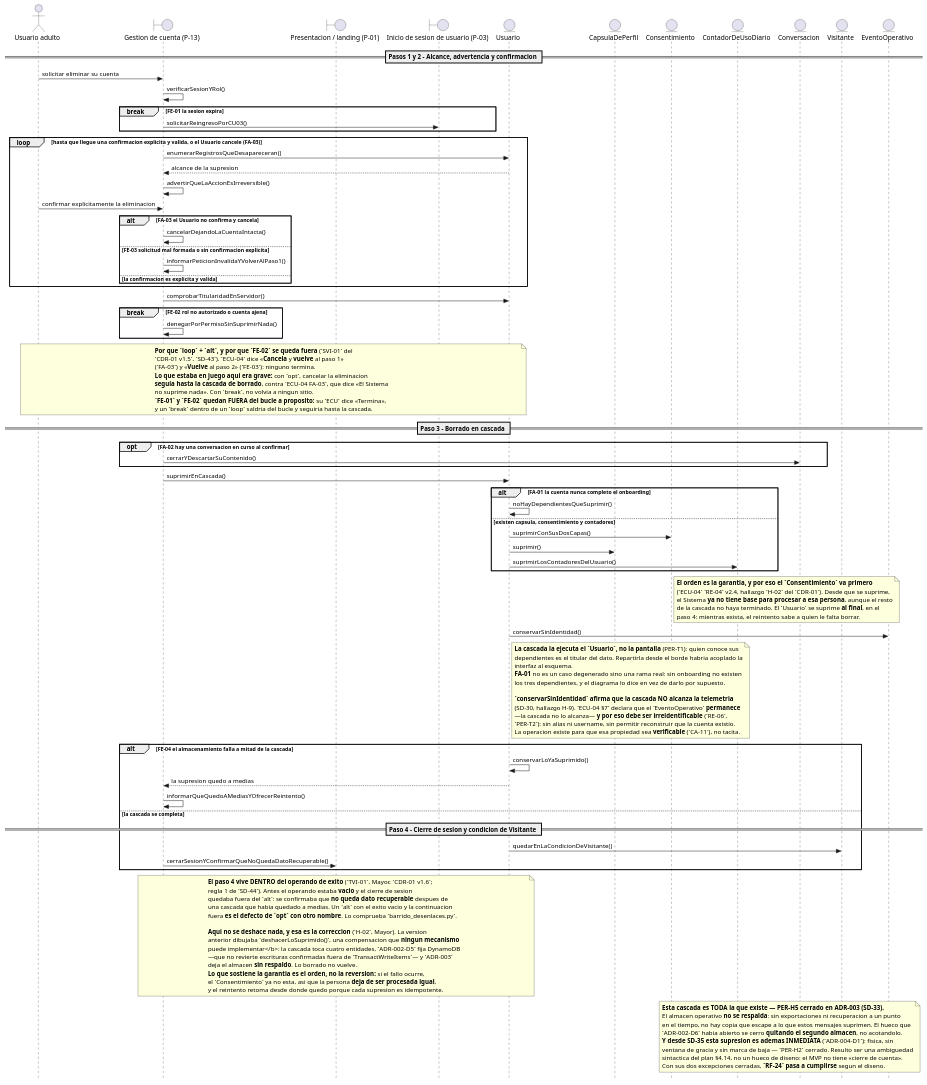
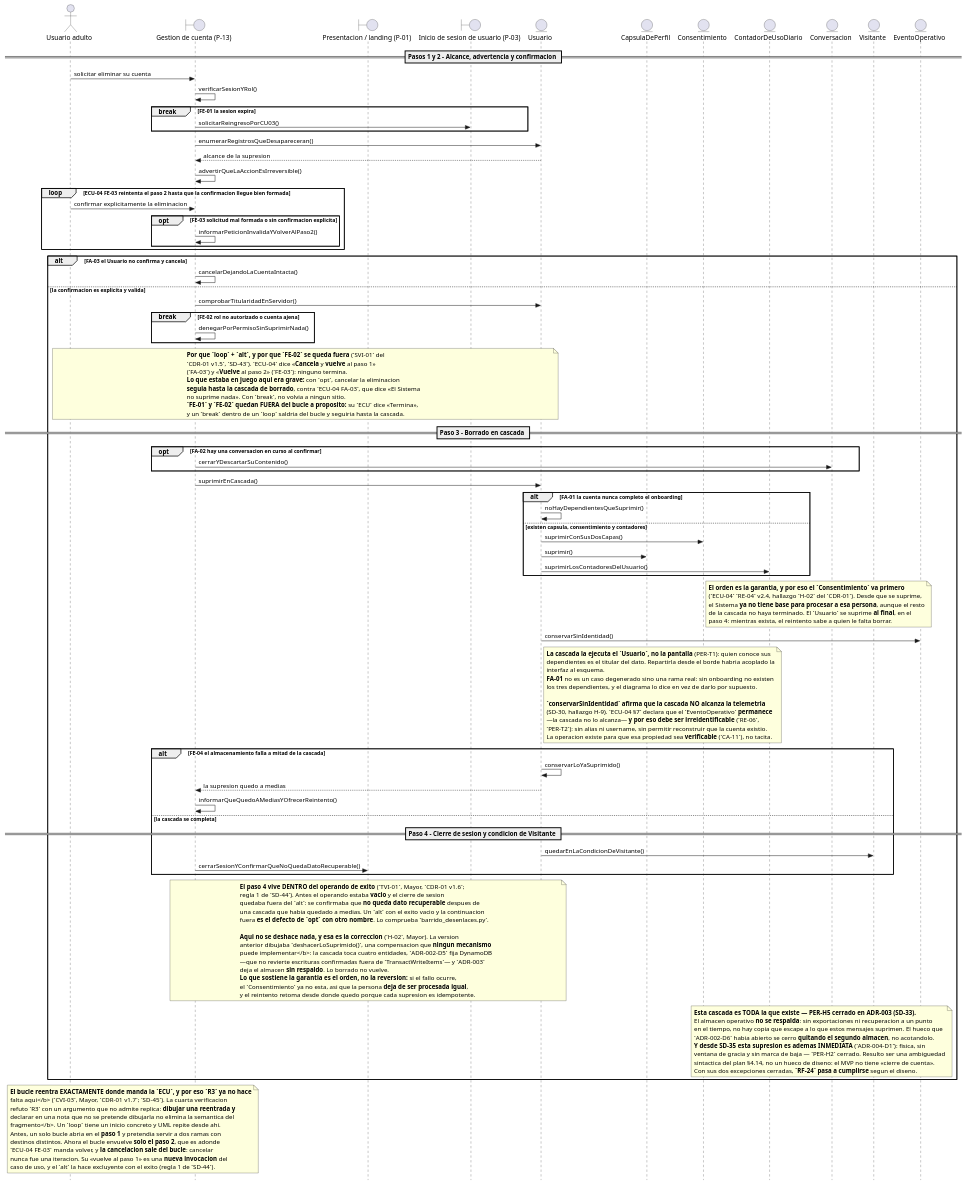
Before and after one commit to jonatan8254/alan-aura-academico: the diagram in docs/07_casos_uso/secuencia/puml/DS-04_secuencia_eliminar_cuenta.puml, drawn with PlantUML. The commit also changed 39 other files, not shown here.

```diff
--- a/docs/07_casos_uso/secuencia/puml/DS-04_secuencia_eliminar_cuenta.puml
+++ b/docs/07_casos_uso/secuencia/puml/DS-04_secuencia_eliminar_cuenta.puml
@@ -1,5 +1,9 @@
 @startuml
 ' DS-04 - Secuencia de CU-04 «Eliminar cuenta»
+' v1.5 (CVI-03 del CDR-01 v1.7, SD-45): CVI-03: el `loop` se acota al paso 2 —adonde manda `ECU-04 FE-03`— y `FA-03` sale a un `alt`, porque cancelar no es una iteracion. SD-45-H1: `informarPeticionInvalidaYVolverAlPaso1()` decia el paso equivocado.
+'       R3 ya no hace falta aqui: el bucle reentra donde manda la ECU. La cuarta
+'       verificacion la refuto — dibujar una reentrada y declarar en nota que no se
+'       pretende dibujarla NO elimina la semantica del fragmento.
 ' v1.4 (TVI-01/03/04 del CDR-01 v1.6, SD-44): TVI-01: el paso 4 pasa DENTRO del operando de exito de FE-04; la guarda nombra FA-03.
 '       CONVENCION SD-44 — R1: el sufijo de exito vive DENTRO de su operando.
 '       R2: un break dentro de un loop solo vale si lo que sigue al bucle es
@@ -58,115 +62,132 @@
   B_PaginaGestionCuenta -> B_PaginaInicioSesion : solicitarReingresoPorCU03()
 end
 
-loop hasta que llegue una confirmacion explicita y valida, o el Usuario cancele (FA-03)
-  B_PaginaGestionCuenta -> E_Usuario : enumerarRegistrosQueDesapareceran()
-  E_Usuario --> B_PaginaGestionCuenta : alcance de la supresion
-  B_PaginaGestionCuenta -> B_PaginaGestionCuenta : advertirQueLaAccionEsIrreversible()
+B_PaginaGestionCuenta -> E_Usuario : enumerarRegistrosQueDesapareceran()
+E_Usuario --> B_PaginaGestionCuenta : alcance de la supresion
+B_PaginaGestionCuenta -> B_PaginaGestionCuenta : advertirQueLaAccionEsIrreversible()
+
+loop ECU-04 FE-03 reintenta el paso 2 hasta que la confirmacion llegue bien formada
   ACT_Usuario -> B_PaginaGestionCuenta : confirmar explicitamente la eliminacion
 
-  alt FA-03 el Usuario no confirma y cancela
-    B_PaginaGestionCuenta -> B_PaginaGestionCuenta : cancelarDejandoLaCuentaIntacta()
-  else FE-03 solicitud mal formada o sin confirmacion explicita
-    B_PaginaGestionCuenta -> B_PaginaGestionCuenta : informarPeticionInvalidaYVolverAlPaso1()
-  else la confirmacion es explicita y valida
+  opt FE-03 solicitud mal formada o sin confirmacion explicita
+    B_PaginaGestionCuenta -> B_PaginaGestionCuenta : informarPeticionInvalidaYVolverAlPaso2()
   end
 end
 
-B_PaginaGestionCuenta -> E_Usuario : comprobarTitularidadEnServidor()
+alt FA-03 el Usuario no confirma y cancela
+  B_PaginaGestionCuenta -> B_PaginaGestionCuenta : cancelarDejandoLaCuentaIntacta()
+else la confirmacion es explicita y valida
 
-break FE-02 rol no autorizado o cuenta ajena
-  B_PaginaGestionCuenta -> B_PaginaGestionCuenta : denegarPorPermisoSinSuprimirNada()
+  B_PaginaGestionCuenta -> E_Usuario : comprobarTitularidadEnServidor()
+
+  break FE-02 rol no autorizado o cuenta ajena
+    B_PaginaGestionCuenta -> B_PaginaGestionCuenta : denegarPorPermisoSinSuprimirNada()
+  end
+
+  note over ACT_Usuario, E_Usuario
+    <b>Por que `loop` + `alt`, y por que `FE-02` se queda fuera</b> (`SVI-01` del
+    `CDR-01 v1.5`, `SD-43`). `ECU-04` dice «<b>Cancela</b> y <b>vuelve</b> al paso 1»
+    (`FA-03`) y «<b>Vuelve</b> al paso 2» (`FE-03`): ninguno termina.
+    <b>Lo que estaba en juego aqui era grave:</b> con `opt`, cancelar la eliminacion
+    <b>seguia hasta la cascada de borrado</b>, contra `ECU-04 FA-03`, que dice «El Sistema
+    no suprime nada». Con `break`, no volvia a ningun sitio.
+    <b>`FE-01` y `FE-02` quedan FUERA del bucle a proposito:</b> su `ECU` dice «Termina»,
+    y un `break` dentro de un `loop` saldria del bucle y seguiria hasta la cascada.
+  end note
+
+  == Paso 3 - Borrado en cascada ==
+
+  opt FA-02 hay una conversacion en curso al confirmar
+    B_PaginaGestionCuenta -> E_Conversacion : cerrarYDescartarSuContenido()
+  end
+
+  B_PaginaGestionCuenta -> E_Usuario : suprimirEnCascada()
+
+  alt FA-01 la cuenta nunca completo el onboarding
+    E_Usuario -> E_Usuario : noHayDependientesQueSuprimir()
+  else existen capsula, consentimiento y contadores
+    E_Usuario -> E_Consentimiento : suprimirConSusDosCapas()
+    E_Usuario -> E_CapsulaDePerfil : suprimir()
+    E_Usuario -> E_ContadorDeUsoDiario : suprimirLosContadoresDelUsuario()
+  end
+
+  note right of E_Consentimiento
+    <b>El orden es la garantia, y por eso el `Consentimiento` va primero</b>
+    (`ECU-04` `RE-04` v2.4, hallazgo `H-02` del `CDR-01`). Desde que se suprime,
+    el Sistema <b>ya no tiene base para procesar a esa persona</b>, aunque el resto
+    de la cascada no haya terminado. El `Usuario` se suprime <b>al final</b>, en el
+    paso 4: mientras exista, el reintento sabe a quien le falta borrar.
+  end note
+
+  E_Usuario -> E_EventoOperativo : conservarSinIdentidad()
+
+  note right of E_Usuario
+    <b>La cascada la ejecuta el `Usuario`, no la pantalla</b> (PER-T1): quien conoce sus
+    dependientes es el titular del dato. Repartirla desde el borde habria acoplado la
+    interfaz al esquema.
+    <b>FA-01</b> no es un caso degenerado sino una rama real: sin onboarding no existen
+    los tres dependientes, y el diagrama lo dice en vez de darlo por supuesto.
+
+    <b>`conservarSinIdentidad` afirma que la cascada NO alcanza la telemetria</b>
+    (SD-30, hallazgo H-9). `ECU-04 §7` declara que el `EventoOperativo` <b>permanece</b>
+    —la cascada no lo alcanza— <b>y por eso debe ser irreidentificable</b> (`RE-06`,
+    `PER-T2`): sin alias ni username, sin permitir reconstruir que la cuenta existio.
+    La operacion existe para que esa propiedad sea <b>verificable</b> (`CA-11`), no tacita.
+  end note
+
+  alt FE-04 el almacenamiento falla a mitad de la cascada
+    E_Usuario -> E_Usuario : conservarLoYaSuprimido()
+    E_Usuario --> B_PaginaGestionCuenta : la supresion quedo a medias
+    B_PaginaGestionCuenta -> B_PaginaGestionCuenta : informarQueQuedoAMediasYOfrecerReintento()
+  else la cascada se completa
+
+    == Paso 4 - Cierre de sesion y condicion de Visitante ==
+
+    E_Usuario -> E_Visitante : quedarEnLaCondicionDeVisitante()
+    B_PaginaGestionCuenta -> B_PaginaPresentacion : cerrarSesionYConfirmarQueNoQuedaDatoRecuperable()
+  end
+
+  note over E_Usuario, B_PaginaGestionCuenta
+    <b>El paso 4 vive DENTRO del operando de exito</b> (`TVI-01`, Mayor, `CDR-01 v1.6`;
+    regla 1 de `SD-44`). Antes el operando estaba <b>vacio</b> y el cierre de sesion
+    quedaba fuera del `alt`: se confirmaba que <b>no queda dato recuperable</b> despues de
+    una cascada que habia quedado a medias. Un `alt` con el exito vacio y la continuacion
+    fuera <b>es el defecto de `opt` con otro nombre</b>. Lo comprueba `barrido_desenlaces.py`.
+
+    <b>Aqui no se deshace nada, y esa es la correccion</b> (`H-02`, Mayor). La version
+    anterior dibujaba `deshacerLoSuprimido()`, una compensacion que <b>ningun mecanismo
+    puede implementar</b>: la cascada toca cuatro entidades, `ADR-002-D5` fija DynamoDB
+    —que no revierte escrituras confirmadas fuera de `TransactWriteItems`— y `ADR-003`
+    deja el almacen <b>sin respaldo</b>. Lo borrado no vuelve.
+    <b>Lo que sostiene la garantia es el orden, no la reversion:</b> si el fallo ocurre,
+    el `Consentimiento` ya no esta, asi que la persona <b>deja de ser procesada igual</b>,
+    y el reintento retoma desde donde quedo porque cada supresion es idempotente.
+  end note
+
+  note over E_ContadorDeUsoDiario, E_Visitante
+    <b>Esta cascada es TODA la que existe — PER-H5 cerrado en ADR-003 (SD-33).</b>
+    El almacen operativo <b>no se respalda</b>: sin exportaciones ni recuperacion a un punto
+    en el tiempo, no hay copia que escape a lo que estos mensajes suprimen. El hueco que
+    `ADR-002-D6` habia abierto se cerro <b>quitando el segundo almacen</b>, no acotandolo.
+    <b>Y desde SD-35 esta supresion es ademas INMEDIATA</b> (`ADR-004-D1`): fisica, sin
+    ventana de gracia y sin marca de baja — `PER-H2` cerrado. Resulto ser una ambiguedad
+    sintactica del plan §4.14, no un hueco de diseno: el MVP no tiene «cierre de cuenta».
+    Con sus dos excepciones cerradas, <b>`RF-24` pasa a cumplirse</b> segun el diseno.
+  end note
+
 end
 
-note over ACT_Usuario, E_Usuario
-  <b>Por que `loop` + `alt`, y por que `FE-02` se queda fuera</b> (`SVI-01` del
-  `CDR-01 v1.5`, `SD-43`). `ECU-04` dice «<b>Cancela</b> y <b>vuelve</b> al paso 1»
-  (`FA-03`) y «<b>Vuelve</b> al paso 2» (`FE-03`): ninguno termina.
-  <b>Lo que estaba en juego aqui era grave:</b> con `opt`, cancelar la eliminacion
-  <b>seguia hasta la cascada de borrado</b>, contra `ECU-04 FA-03`, que dice «El Sistema
-  no suprime nada». Con `break`, no volvia a ningun sitio.
-  <b>`FE-01` y `FE-02` quedan FUERA del bucle a proposito:</b> su `ECU` dice «Termina»,
-  y un `break` dentro de un `loop` saldria del bucle y seguiria hasta la cascada.
-end note
-
-== Paso 3 - Borrado en cascada ==
-
-opt FA-02 hay una conversacion en curso al confirmar
-  B_PaginaGestionCuenta -> E_Conversacion : cerrarYDescartarSuContenido()
-end
-
-B_PaginaGestionCuenta -> E_Usuario : suprimirEnCascada()
-
-alt FA-01 la cuenta nunca completo el onboarding
-  E_Usuario -> E_Usuario : noHayDependientesQueSuprimir()
-else existen capsula, consentimiento y contadores
-  E_Usuario -> E_Consentimiento : suprimirConSusDosCapas()
-  E_Usuario -> E_CapsulaDePerfil : suprimir()
-  E_Usuario -> E_ContadorDeUsoDiario : suprimirLosContadoresDelUsuario()
-end
-
-note right of E_Consentimiento
-  <b>El orden es la garantia, y por eso el `Consentimiento` va primero</b>
-  (`ECU-04` `RE-04` v2.4, hallazgo `H-02` del `CDR-01`). Desde que se suprime,
-  el Sistema <b>ya no tiene base para procesar a esa persona</b>, aunque el resto
-  de la cascada no haya terminado. El `Usuario` se suprime <b>al final</b>, en el
-  paso 4: mientras exista, el reintento sabe a quien le falta borrar.
-end note
-
-E_Usuario -> E_EventoOperativo : conservarSinIdentidad()
-
-note right of E_Usuario
-  <b>La cascada la ejecuta el `Usuario`, no la pantalla</b> (PER-T1): quien conoce sus
-  dependientes es el titular del dato. Repartirla desde el borde habria acoplado la
-  interfaz al esquema.
-  <b>FA-01</b> no es un caso degenerado sino una rama real: sin onboarding no existen
-  los tres dependientes, y el diagrama lo dice en vez de darlo por supuesto.
-
-  <b>`conservarSinIdentidad` afirma que la cascada NO alcanza la telemetria</b>
-  (SD-30, hallazgo H-9). `ECU-04 §7` declara que el `EventoOperativo` <b>permanece</b>
-  —la cascada no lo alcanza— <b>y por eso debe ser irreidentificable</b> (`RE-06`,
-  `PER-T2`): sin alias ni username, sin permitir reconstruir que la cuenta existio.
-  La operacion existe para que esa propiedad sea <b>verificable</b> (`CA-11`), no tacita.
-end note
-
-alt FE-04 el almacenamiento falla a mitad de la cascada
-  E_Usuario -> E_Usuario : conservarLoYaSuprimido()
-  E_Usuario --> B_PaginaGestionCuenta : la supresion quedo a medias
-  B_PaginaGestionCuenta -> B_PaginaGestionCuenta : informarQueQuedoAMediasYOfrecerReintento()
-else la cascada se completa
-
-  == Paso 4 - Cierre de sesion y condicion de Visitante ==
-
-  E_Usuario -> E_Visitante : quedarEnLaCondicionDeVisitante()
-  B_PaginaGestionCuenta -> B_PaginaPresentacion : cerrarSesionYConfirmarQueNoQuedaDatoRecuperable()
-end
-
-note over E_Usuario, B_PaginaGestionCuenta
-  <b>El paso 4 vive DENTRO del operando de exito</b> (`TVI-01`, Mayor, `CDR-01 v1.6`;
-  regla 1 de `SD-44`). Antes el operando estaba <b>vacio</b> y el cierre de sesion
-  quedaba fuera del `alt`: se confirmaba que <b>no queda dato recuperable</b> despues de
-  una cascada que habia quedado a medias. Un `alt` con el exito vacio y la continuacion
-  fuera <b>es el defecto de `opt` con otro nombre</b>. Lo comprueba `barrido_desenlaces.py`.
-
-  <b>Aqui no se deshace nada, y esa es la correccion</b> (`H-02`, Mayor). La version
-  anterior dibujaba `deshacerLoSuprimido()`, una compensacion que <b>ningun mecanismo
-  puede implementar</b>: la cascada toca cuatro entidades, `ADR-002-D5` fija DynamoDB
-  —que no revierte escrituras confirmadas fuera de `TransactWriteItems`— y `ADR-003`
-  deja el almacen <b>sin respaldo</b>. Lo borrado no vuelve.
-  <b>Lo que sostiene la garantia es el orden, no la reversion:</b> si el fallo ocurre,
-  el `Consentimiento` ya no esta, asi que la persona <b>deja de ser procesada igual</b>,
-  y el reintento retoma desde donde quedo porque cada supresion es idempotente.
-end note
-
-note over E_ContadorDeUsoDiario, E_Visitante
-  <b>Esta cascada es TODA la que existe — PER-H5 cerrado en ADR-003 (SD-33).</b>
-  El almacen operativo <b>no se respalda</b>: sin exportaciones ni recuperacion a un punto
-  en el tiempo, no hay copia que escape a lo que estos mensajes suprimen. El hueco que
-  `ADR-002-D6` habia abierto se cerro <b>quitando el segundo almacen</b>, no acotandolo.
-  <b>Y desde SD-35 esta supresion es ademas INMEDIATA</b> (`ADR-004-D1`): fisica, sin
-  ventana de gracia y sin marca de baja — `PER-H2` cerrado. Resulto ser una ambiguedad
-  sintactica del plan §4.14, no un hueco de diseno: el MVP no tiene «cierre de cuenta».
-  Con sus dos excepciones cerradas, <b>`RF-24` pasa a cumplirse</b> segun el diseno.
+note over ACT_Usuario, B_PaginaGestionCuenta
+  <b>El bucle reentra EXACTAMENTE donde manda la `ECU`, y por eso `R3` ya no hace
+  falta aqui</b> (`CVI-03`, Mayor, `CDR-01 v1.7`; `SD-45`). La cuarta verificacion
+  refuto `R3` con un argumento que no admite replica: <b>dibujar una reentrada y
+  declarar en una nota que no se pretende dibujarla no elimina la semantica del
+  fragmento</b>. Un `loop` tiene un inicio concreto y UML repite desde ahi.
+  Antes, un solo bucle abria en el <b>paso 1</b> y pretendia servir a dos ramas con
+  destinos distintos. Ahora el bucle envuelve <b>solo el paso 2</b>, que es adonde
+  `ECU-04 FE-03` manda volver, y <b>la cancelacion sale del bucle</b>: cancelar
+  nunca fue una iteracion. Su «vuelve al paso 1» es una <b>nueva invocacion</b> del
+  caso de uso, y el `alt` la hace excluyente con el exito (regla 1 de `SD-44`).
 end note
 
 @enduml
```
